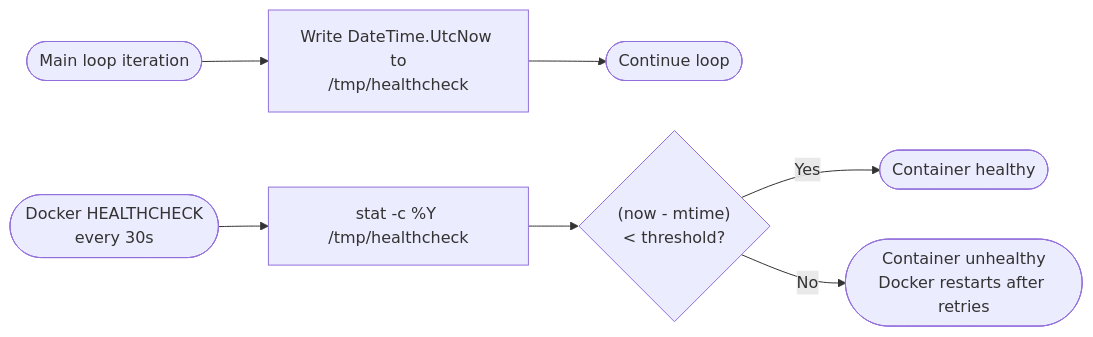
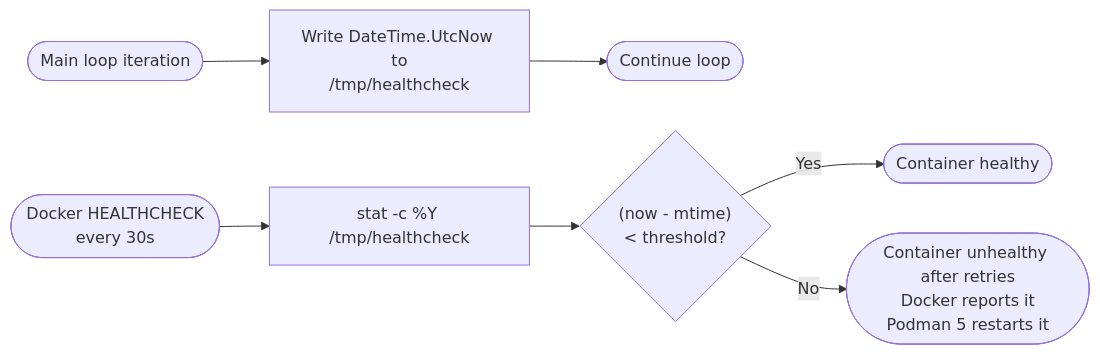
The fourth of 4 diagrams in docs/developer/diagrams/WORKER_TASK_LIFECYCLE.md (TetronIO/JIM), drawn with Mermaid before and after one commit. The commit also changed other lines of this file and 28 other files, not shown here.

First line of the commit message:
docs: update documentation and diagrams for v0.16.0 release

````diff
--- a/docs/developer/diagrams/WORKER_TASK_LIFECYCLE.md
+++ b/docs/developer/diagrams/WORKER_TASK_LIFECYCLE.md
@@ -201,10 +206,10 @@
 ```mermaid
 flowchart LR
     Loop([Main loop iteration]) --> WriteFile["Write DateTime.UtcNow to<br/>/tmp/healthcheck"]
     WriteFile --> NextIteration([Continue loop])
 
     Docker([Docker HEALTHCHECK<br/>every 30s]) --> StatFile["stat -c %Y /tmp/healthcheck"]
     StatFile --> Compare{"(now - mtime)<br/>< threshold?"}
     Compare -->|Yes| Healthy([Container healthy])
-    Compare -->|No| Unhealthy([Container unhealthy<br/>Docker restarts after retries])
+    Compare -->|No| Unhealthy([Container unhealthy after retries<br/>Docker reports it<br/>Podman 5 restarts it])
 ```
````
